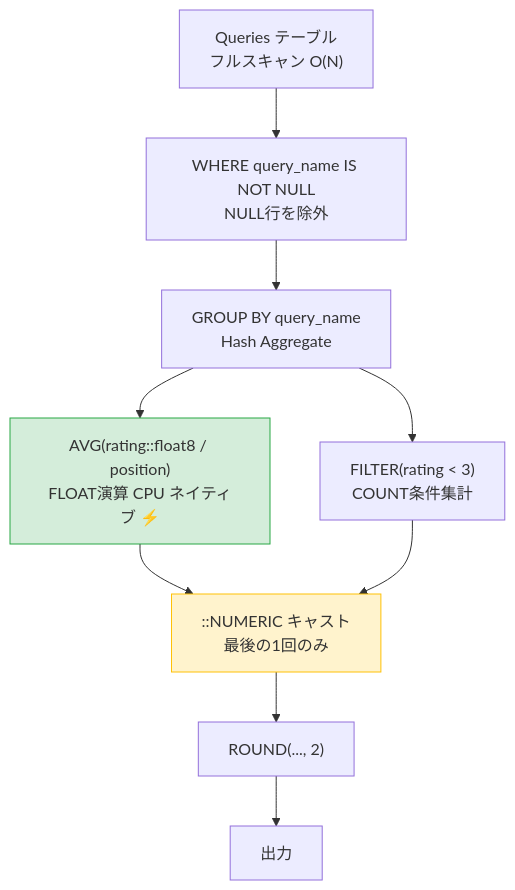
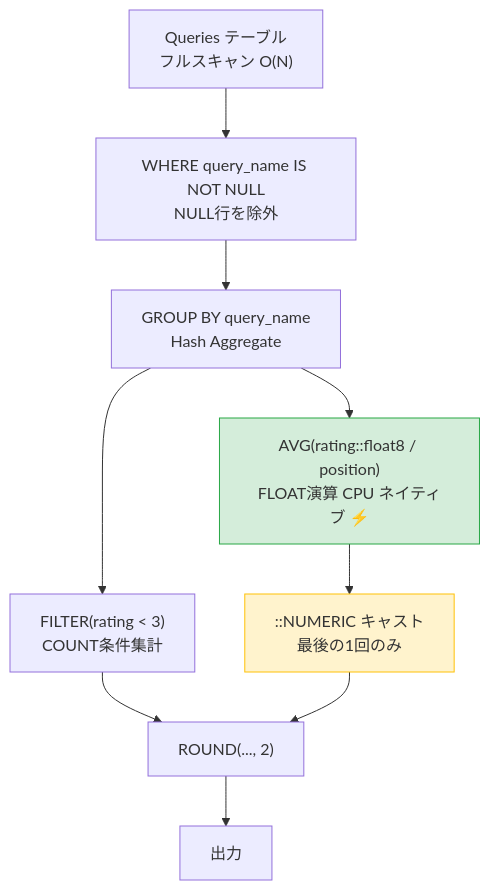
The second of 2 diagrams in SQL/Leetcode/Basic select/1211. Queries Quality and Percentage/Claude Sonnet 4.6 Extended/Queries_Quality_and_Percentage_postgresql.md (myoshi2891/Algorithm-DataStructures-Math-SQL), drawn with Mermaid before and after one commit.

Commit message:
Fix: Correct Mermaid flowchart edge for poor_query_percentage calculation without NUMERIC cast

````diff
--- a/SQL/Leetcode/Basic select/1211. Queries Quality and Percentage/Claude Sonnet 4.6 Extended/Queries_Quality_and_Percentage_postgresql.md
+++ b/SQL/Leetcode/Basic select/1211. Queries Quality and Percentage/Claude Sonnet 4.6 Extended/Queries_Quality_and_Percentage_postgresql.md
@@ -226,22 +226,22 @@
 ```mermaid
 flowchart TD
     A["Queries テーブル\nフルスキャン O(N)"]
     A_F["WHERE query_name IS NOT NULL\nNULL行を除外"]
     B["GROUP BY query_name\nHash Aggregate"]
     C["AVG(rating::float8 / position)\nFLOAT演算 CPU ネイティブ ⚡"]
     D["FILTER(rating < 3)\nCOUNT条件集計"]
     E["::NUMERIC キャスト\n最後の1回のみ"]
     F["ROUND(..., 2)"]
     G["出力"]
 
     A --> A_F
     A_F --> B
     B --> C & D
     C --> E
-    D --> E
+    D --> F
     E --> F
     F --> G
 
     style C fill:#d4edda,stroke:#28a745
     style E fill:#fff3cd,stroke:#ffc107
 ```
````
